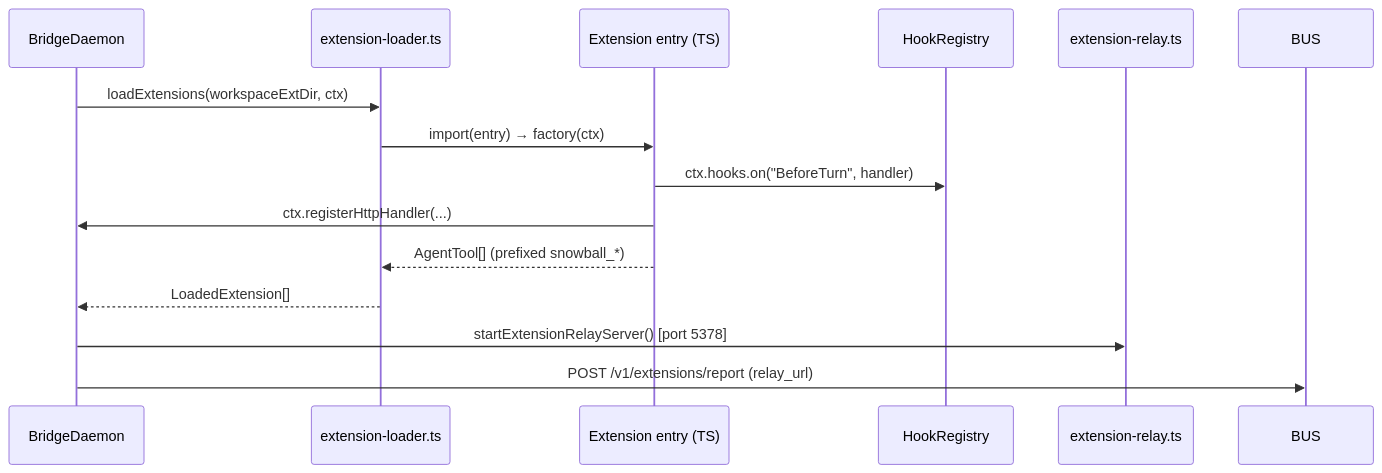
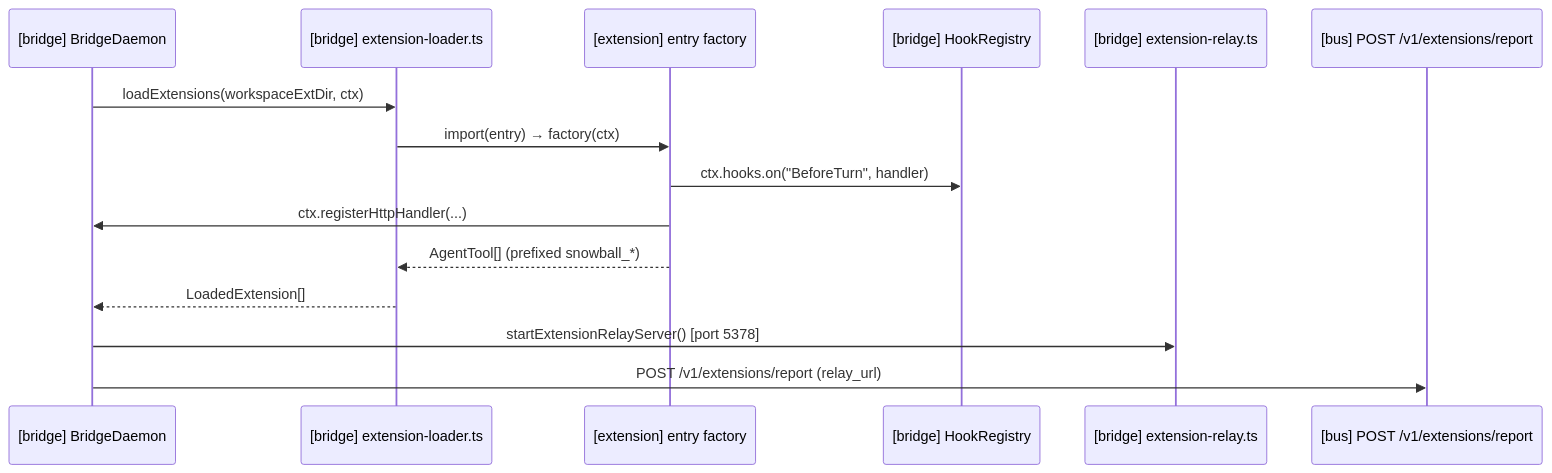
The sixth of 12 diagrams in docs/architecture/overview.md (floe-ai/floe-subtrate), drawn with Mermaid before and after one commit. The commit also changed other lines of this file, not shown here.

````diff
--- a/docs/architecture/overview.md
+++ b/docs/architecture/overview.md
@@ -158,17 +224,18 @@
 ```mermaid
 sequenceDiagram
-    participant BD as BridgeDaemon
-    participant EL as extension-loader.ts
-    participant EXT as Extension entry (TS)
-    participant HR as HookRegistry
-    participant RL as extension-relay.ts
+    participant BD as [bridge] BridgeDaemon
+    participant EL as [bridge] extension-loader.ts
+    participant EXT as [extension] entry factory
+    participant HR as [bridge] HookRegistry
+    participant RL as [bridge] extension-relay.ts
+    participant BUS as [bus] POST /v1/extensions/report
 
     BD->>EL: loadExtensions(workspaceExtDir, ctx)
     EL->>EXT: import(entry) → factory(ctx)
     EXT->>HR: ctx.hooks.on("BeforeTurn", handler)
     EXT->>BD: ctx.registerHttpHandler(...)
     EXT-->>EL: AgentTool[] (prefixed snowball_*)
     EL-->>BD: LoadedExtension[]
     BD->>RL: startExtensionRelayServer() [port 5378]
     BD->>BUS: POST /v1/extensions/report (relay_url)
 ```
````
